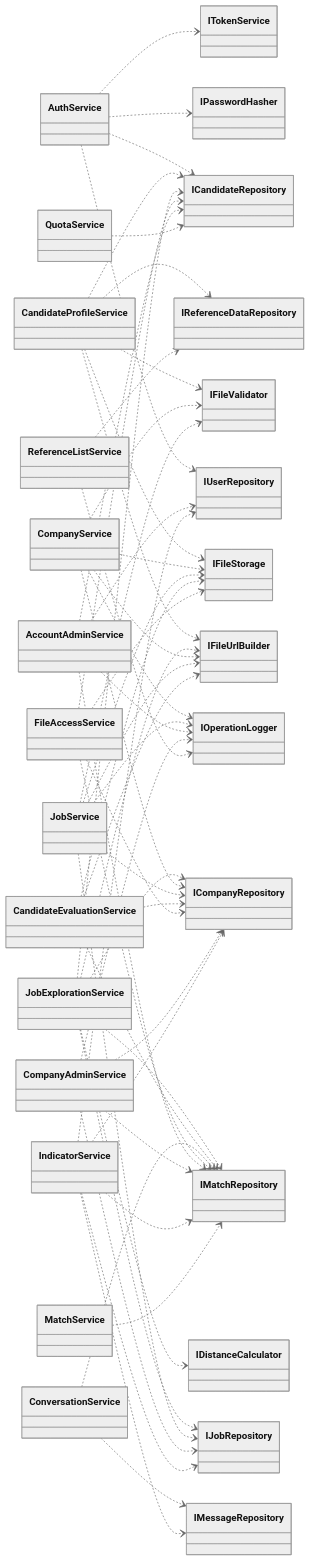
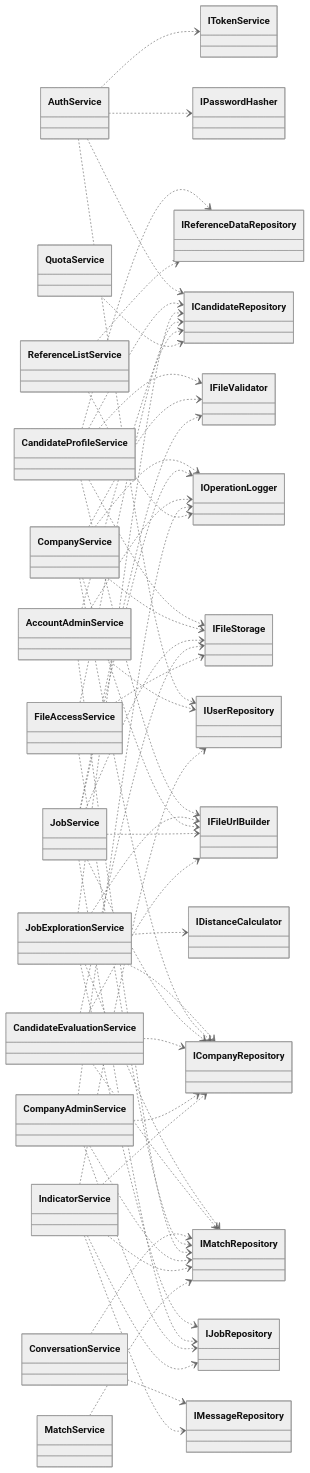
Before and after one commit to katch-lds/katch-docs: the tenth of 14 diagrams in 04-artefactos-tecnicos/04.07-modelos-de-classes/m3-modelo-classes-backend-v02.md, drawn with Mermaid (neutral theme). The commit also changed other lines of this file, not shown here.

````diff
--- a/04-artefactos-tecnicos/04.07-modelos-de-classes/m3-modelo-classes-backend-v02.md
+++ b/04-artefactos-tecnicos/04.07-modelos-de-classes/m3-modelo-classes-backend-v02.md
@@ -954,71 +957,70 @@
 ```mermaid
 classDiagram
     direction LR
     class AuthService
     class CandidateProfileService
     class JobExplorationService
     class CompanyService
     class JobService
     class CandidateEvaluationService
     class ConversationService
     class FileAccessService
     class AccountAdminService
     class CompanyAdminService
     class MatchService
     class IndicatorService
     class ReferenceListService
     class QuotaService
     AuthService ..> IUserRepository
     AuthService ..> ICandidateRepository
     AuthService ..> IPasswordHasher
     AuthService ..> ITokenService
     CandidateProfileService ..> ICandidateRepository
     CandidateProfileService ..> IReferenceDataRepository
     CandidateProfileService ..> IFileStorage
     CandidateProfileService ..> IFileValidator
     CandidateProfileService ..> IFileUrlBuilder
     JobExplorationService ..> ICandidateRepository
     JobExplorationService ..> IJobRepository
     JobExplorationService ..> ICompanyRepository
     JobExplorationService ..> IMatchRepository
     JobExplorationService ..> IDistanceCalculator
     JobExplorationService ..> IFileUrlBuilder
     CompanyService ..> ICompanyRepository
     CompanyService ..> IFileStorage
     CompanyService ..> IFileValidator
     CompanyService ..> IFileUrlBuilder
     CompanyService ..> IOperationLogger
     JobService ..> IJobRepository
     JobService ..> ICompanyRepository
     JobService ..> IFileStorage
     JobService ..> IFileValidator
     JobService ..> IFileUrlBuilder
     JobService ..> IOperationLogger
     CandidateEvaluationService ..> IMatchRepository
     CandidateEvaluationService ..> ICompanyRepository
     CandidateEvaluationService ..> IFileStorage
     CandidateEvaluationService ..> IFileUrlBuilder
     ConversationService ..> IMatchRepository
     ConversationService ..> IMessageRepository
     FileAccessService ..> IFileStorage
     FileAccessService ..> ICandidateRepository
-    FileAccessService ..> ICompanyRepository
     FileAccessService ..> IMatchRepository
     AccountAdminService ..> IUserRepository
     AccountAdminService ..> ICandidateRepository
     AccountAdminService ..> IMatchRepository
     AccountAdminService ..> IOperationLogger
     CompanyAdminService ..> ICompanyRepository
     CompanyAdminService ..> IJobRepository
     CompanyAdminService ..> IMatchRepository
     CompanyAdminService ..> IOperationLogger
     IndicatorService ..> IUserRepository
     IndicatorService ..> ICompanyRepository
     IndicatorService ..> IJobRepository
     IndicatorService ..> IMatchRepository
     IndicatorService ..> IMessageRepository
     ReferenceListService ..> IReferenceDataRepository
     ReferenceListService ..> IOperationLogger
     MatchService ..> IMatchRepository
     QuotaService ..> ICandidateRepository
 ```
````
